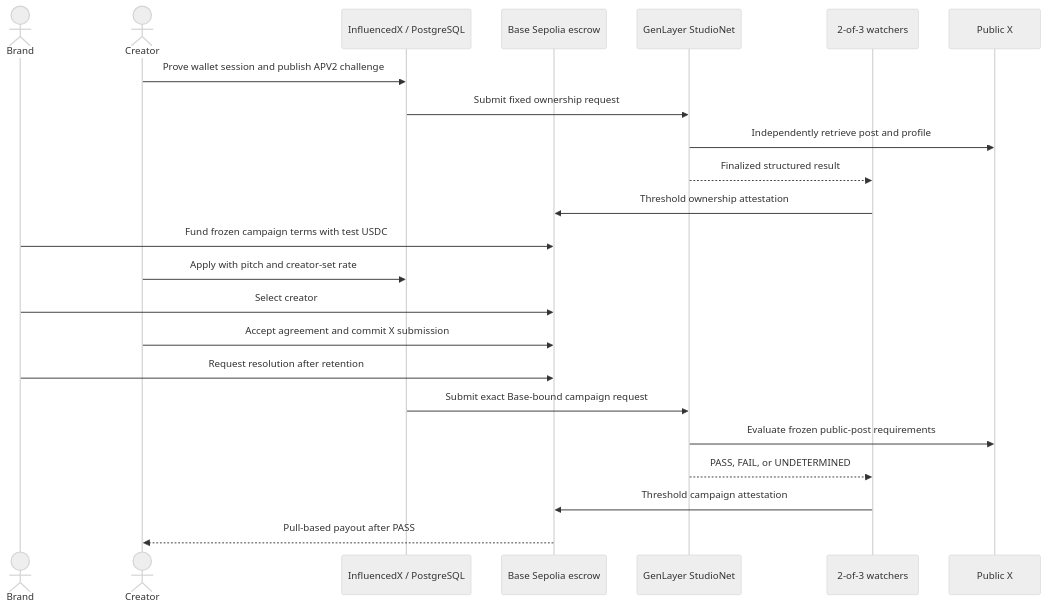
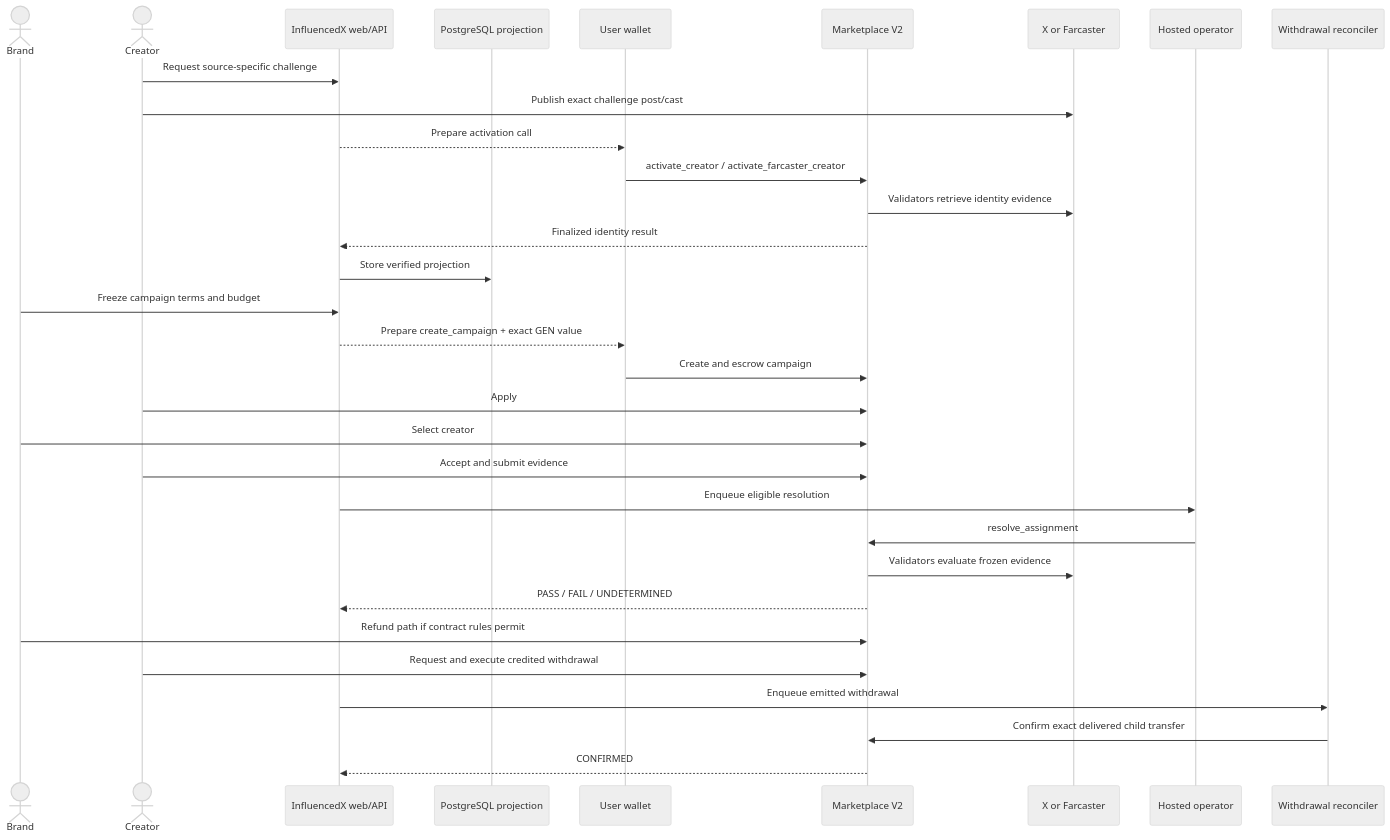
One commit to Leokings/InfluencedX changed the second of 2 diagrams in docs/ARCHITECTURE.md. Above: the diagram before and after it, drawn with Mermaid (neutral theme). The commit also changed other lines of this file and 150 other files, not shown here.

Commit message:
Complete GenLayer-native InfluencedX product

````diff
--- a/docs/ARCHITECTURE.md
+++ b/docs/ARCHITECTURE.md
@@ -3,26 +147,37 @@
 ```mermaid
 sequenceDiagram
     actor Brand
     actor Creator
-    participant App as InfluencedX / PostgreSQL
-    participant Base as Base Sepolia escrow
-    participant GL as GenLayer StudioNet
-    participant Watchers as 2-of-3 watchers
-    participant X as Public X
+    participant App as InfluencedX web/API
+    participant DB as PostgreSQL projection
+    participant Wallet as User wallet
+    participant IC as Marketplace V2
+    participant Source as X or Farcaster
+    participant Operator as Hosted operator
+    participant Reconciler as Withdrawal reconciler
 
-    Creator->>App: Prove wallet session and publish APV2 challenge
-    App->>GL: Submit fixed ownership request
-    GL->>X: Independently retrieve post and profile
-    GL-->>Watchers: Finalized structured result
-    Watchers->>Base: Threshold ownership attestation
-    Brand->>Base: Fund frozen campaign terms with test USDC
-    Creator->>App: Apply with pitch and creator-set rate
-    Brand->>Base: Select creator
-    Creator->>Base: Accept agreement and commit X submission
-    Brand->>Base: Request resolution after retention
-    App->>GL: Submit exact Base-bound campaign request
-    GL->>X: Evaluate frozen public-post requirements
-    GL-->>Watchers: PASS, FAIL, or UNDETERMINED
-    Watchers->>Base: Threshold campaign attestation
-    Base-->>Creator: Pull-based payout after PASS
+    Creator->>App: Request source-specific challenge
+    Creator->>Source: Publish exact challenge post/cast
+    App-->>Wallet: Prepare activation call
+    Wallet->>IC: activate_creator / activate_farcaster_creator
+    IC->>Source: Validators retrieve identity evidence
+    IC-->>App: Finalized identity result
+    App->>DB: Store verified projection
+
+    Brand->>App: Freeze campaign terms and budget
+    App-->>Wallet: Prepare create_campaign + exact GEN value
+    Wallet->>IC: Create and escrow campaign
+    Creator->>IC: Apply
+    Brand->>IC: Select creator
+    Creator->>IC: Accept and submit evidence
+    App->>Operator: Enqueue eligible resolution
+    Operator->>IC: resolve_assignment
+    IC->>Source: Validators evaluate frozen evidence
+    IC-->>App: PASS / FAIL / UNDETERMINED
+
+    Brand->>IC: Refund path if contract rules permit
+    Creator->>IC: Request and execute credited withdrawal
+    App->>Reconciler: Enqueue emitted withdrawal
+    Reconciler->>IC: Confirm exact delivered child transfer
+    IC-->>App: CONFIRMED
 ```
````
